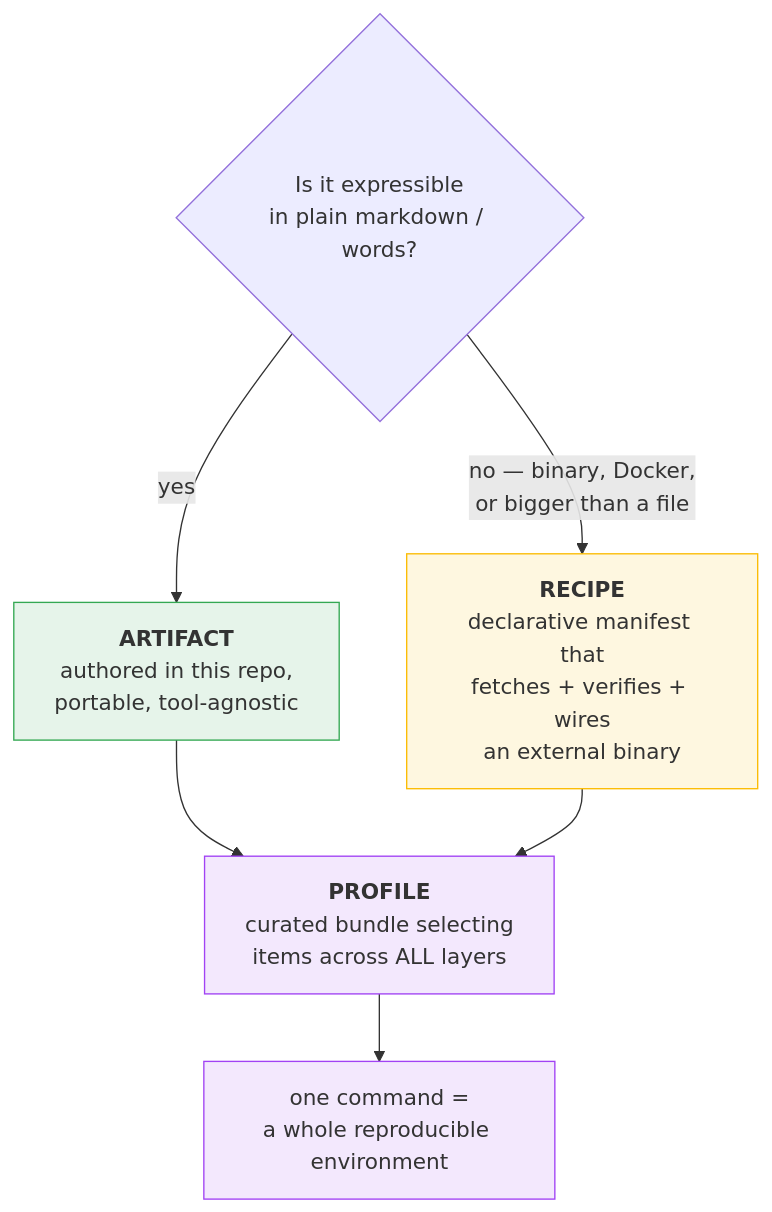
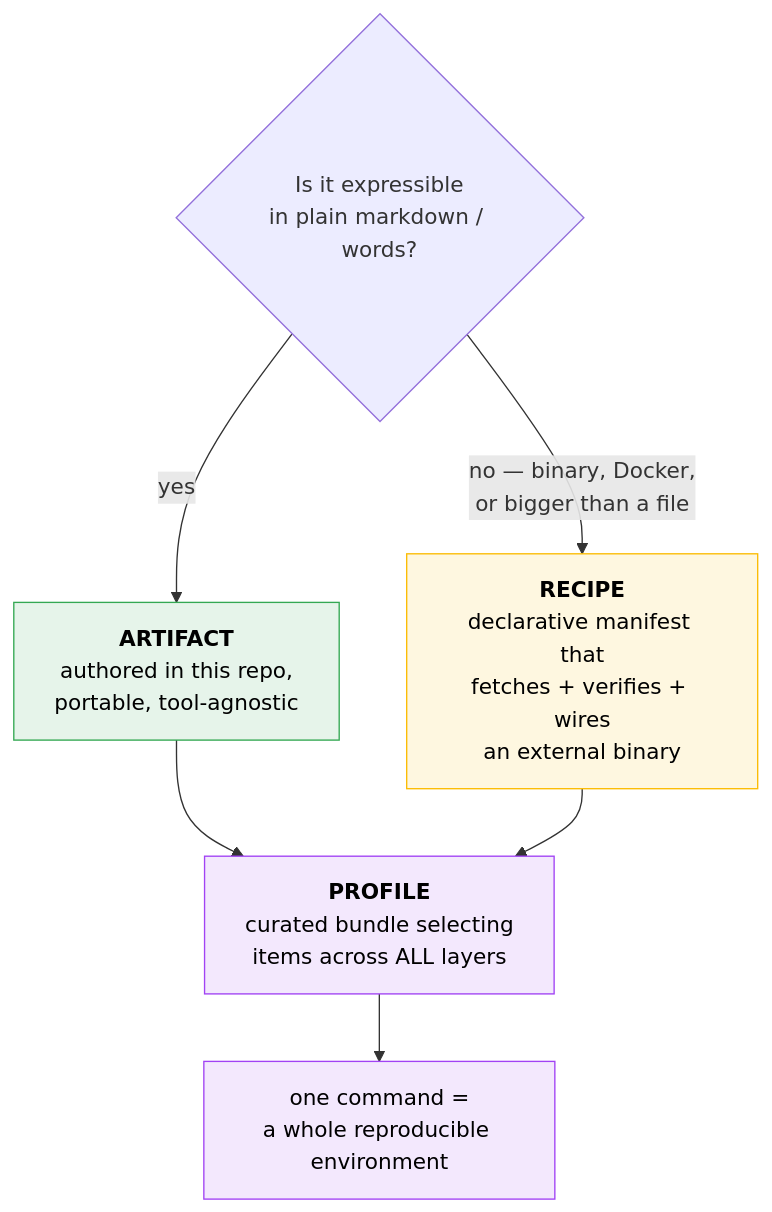
The third of 6 diagrams in README.md (darkquasar/patronus), drawn with Mermaid before and after one commit. The commit also changed other lines of this file and 17 other files, not shown here.

````diff
--- a/README.md
+++ b/README.md
@@ -123,17 +123,17 @@
 ```mermaid
 flowchart TB
     Rule{"Is it expressible<br/>in plain markdown / words?"}
     Rule -->|yes| Artifact["<b>ARTIFACT</b><br/>authored in this repo,<br/>portable, tool-agnostic"]
     Rule -->|"no — binary, Docker,<br/>or bigger than a file"| Recipe["<b>RECIPE</b><br/>declarative manifest that<br/>fetches + verifies + wires<br/>an external binary"]
 
     Artifact --> Profile["<b>PROFILE</b><br/>curated bundle selecting<br/>items across ALL layers"]
     Recipe --> Profile
     Profile --> Repro["one command =<br/>a whole reproducible environment"]
 
-    classDef art fill:#e6f4ea,stroke:#34a853;
-    classDef rec fill:#fef7e0,stroke:#fbbc04;
-    classDef pro fill:#f3e8fd,stroke:#a142f4;
+    classDef art fill:#e6f4ea,stroke:#34a853,color:#000;
+    classDef rec fill:#fef7e0,stroke:#fbbc04,color:#000;
+    classDef pro fill:#f3e8fd,stroke:#a142f4,color:#000;
     class Artifact art
     class Recipe rec
     class Profile,Repro pro
 ```
````
